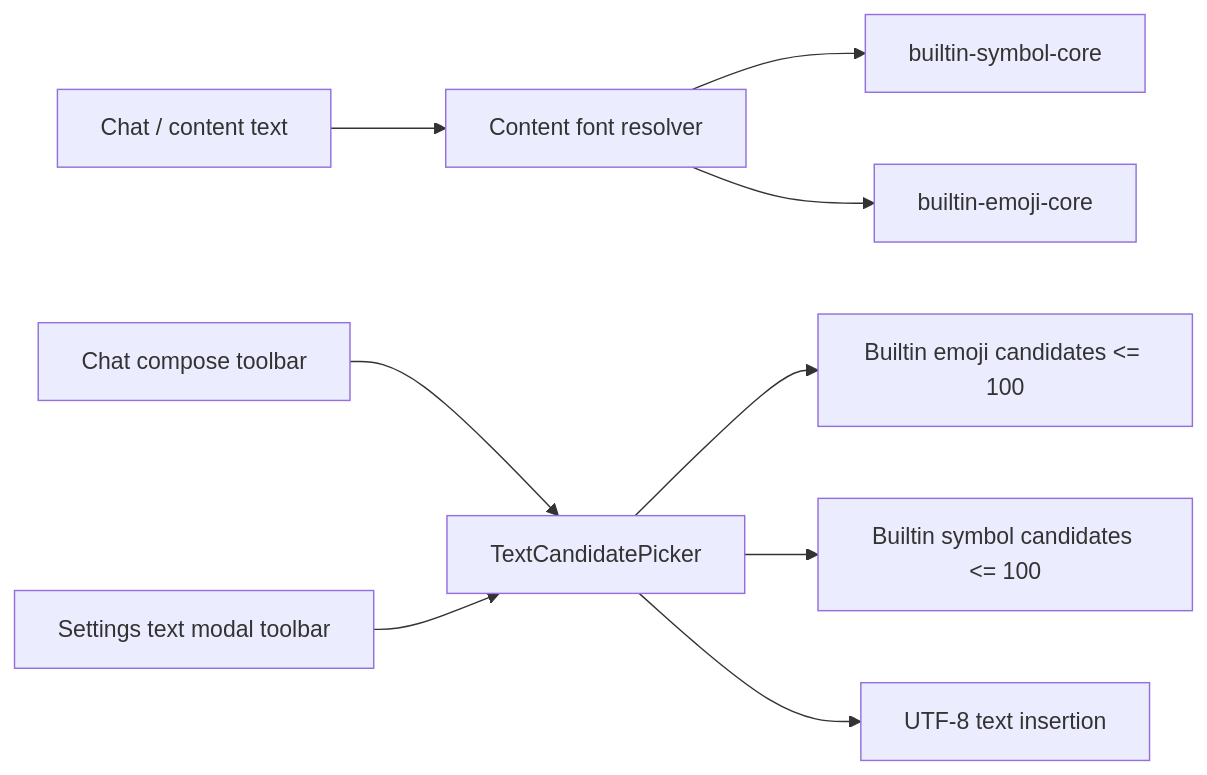
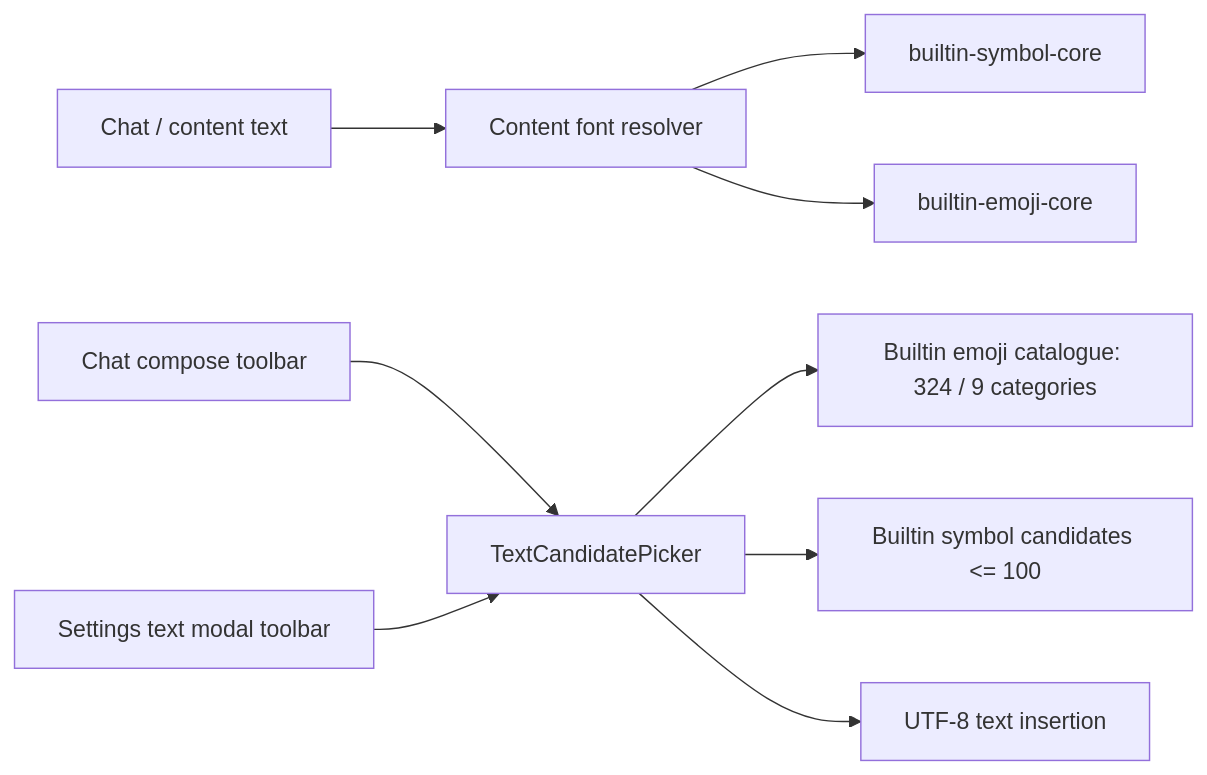
The third of 3 diagrams in docs/specification/LOCALIZATION_SPEC.md (manmuqingshan/trail-mate), drawn with Mermaid before and after one commit. The commit also changed other lines of this file and 35 other files, not shown here.

````diff
--- a/docs/specification/LOCALIZATION_SPEC.md
+++ b/docs/specification/LOCALIZATION_SPEC.md
@@ -576,11 +581,11 @@
 ```mermaid
 flowchart LR
   ChatText["Chat / content text"] --> FontResolver["Content font resolver"]
   FontResolver --> SymbolFont["builtin-symbol-core"]
   FontResolver --> EmojiFont["builtin-emoji-core"]
   ChatCompose["Chat compose toolbar"] --> TextPicker["TextCandidatePicker"]
   SettingsText["Settings text modal toolbar"] --> TextPicker
-  TextPicker --> EmojiData["Builtin emoji candidates <= 100"]
+  TextPicker --> EmojiData["Builtin emoji catalogue: 324 / 9 categories"]
   TextPicker --> SymbolData["Builtin symbol candidates <= 100"]
   TextPicker --> TextInsert["UTF-8 text insertion"]
 ```
````
